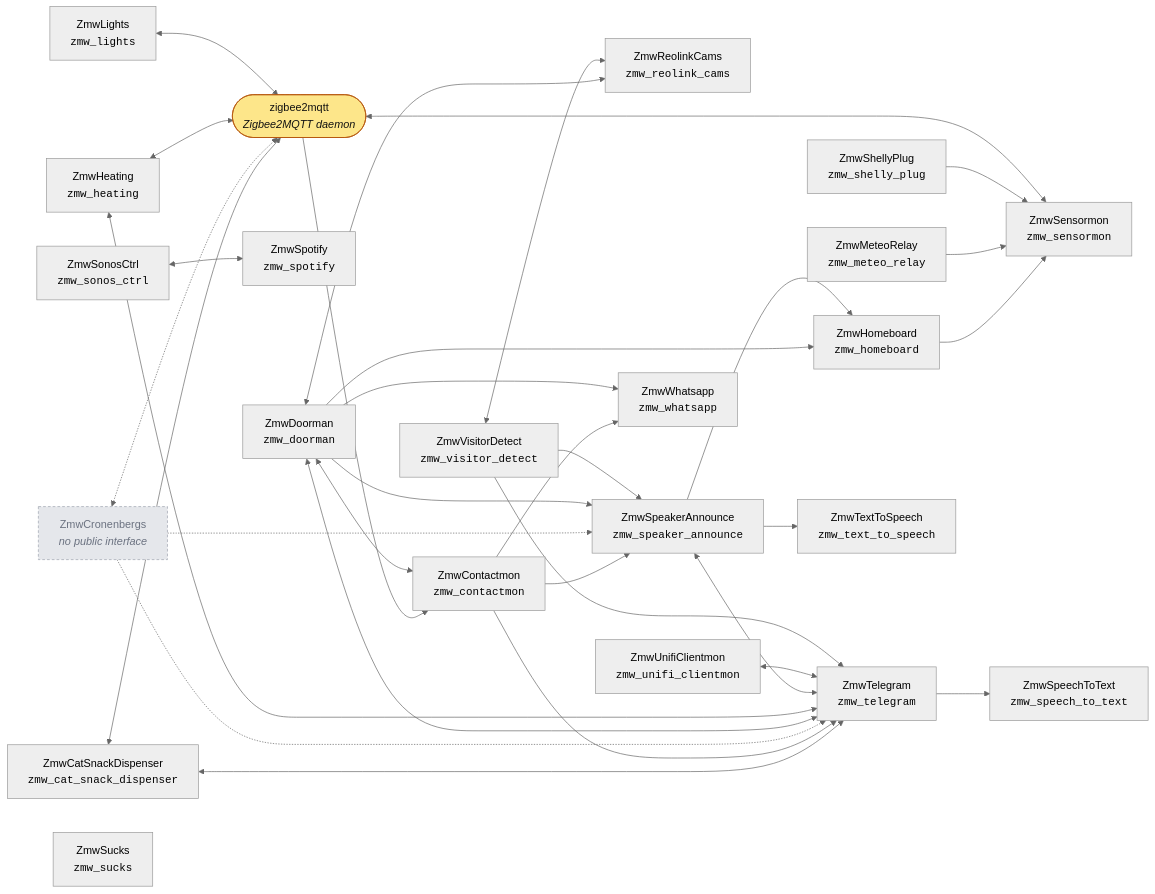
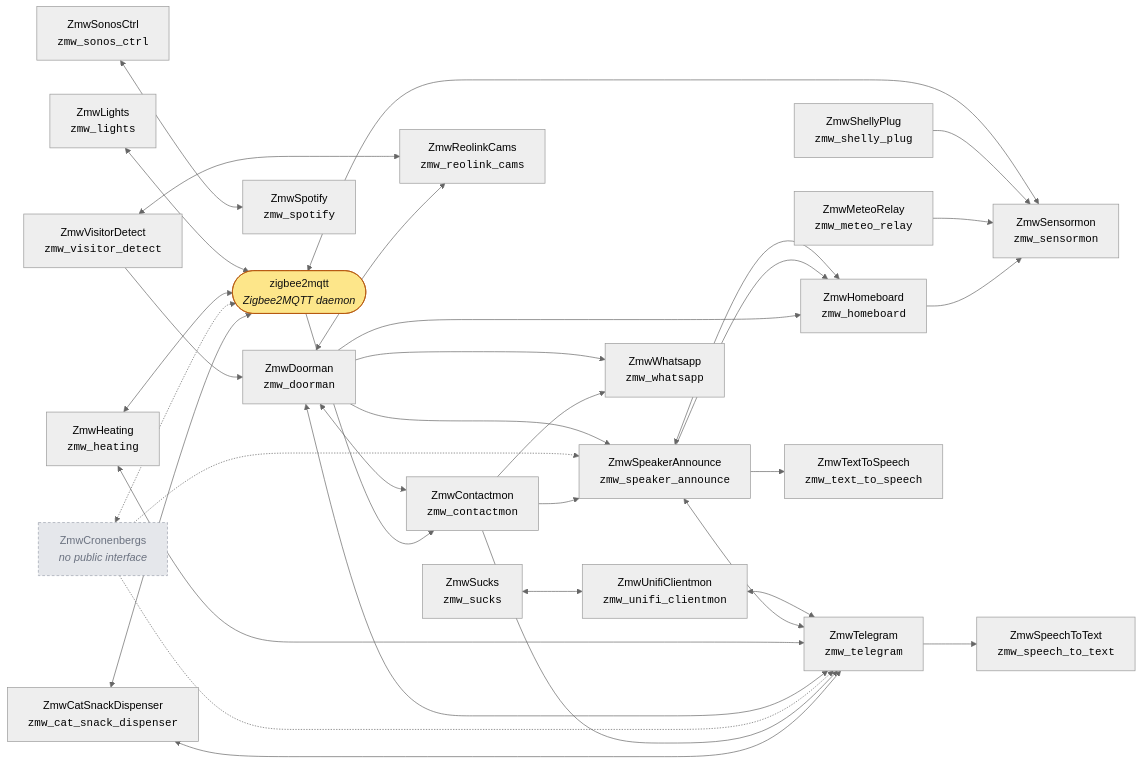
One commit to nicolasbrailo/zmw changed the diagram in README.md. Above: the diagram before and after it, drawn with Mermaid (neutral theme). The commit also changed other lines of this file and 6 other files, not shown here.

````diff
--- a/README.md
+++ b/README.md
@@ -88,62 +88,63 @@
 ```mermaid
 flowchart LR
     zmw_cat_snack_dispenser["ZmwCatSnackDispenser<br/><code>zmw_cat_snack_dispenser</code>"]
     zmw_contactmon["ZmwContactmon<br/><code>zmw_contactmon</code>"]
     zmw_cronenbergs["ZmwCronenbergs<br/><i>no public interface</i>"]
     zmw_doorman["ZmwDoorman<br/><code>zmw_doorman</code>"]
     zmw_heating["ZmwHeating<br/><code>zmw_heating</code>"]
     zmw_homeboard["ZmwHomeboard<br/><code>zmw_homeboard</code>"]
     zmw_lights["ZmwLights<br/><code>zmw_lights</code>"]
     zmw_meteo_relay["ZmwMeteoRelay<br/><code>zmw_meteo_relay</code>"]
     zmw_reolink_cams["ZmwReolinkCams<br/><code>zmw_reolink_cams</code>"]
     zmw_sensormon["ZmwSensormon<br/><code>zmw_sensormon</code>"]
     zmw_shelly_plug["ZmwShellyPlug<br/><code>zmw_shelly_plug</code>"]
     zmw_sonos_ctrl["ZmwSonosCtrl<br/><code>zmw_sonos_ctrl</code>"]
     zmw_speaker_announce["ZmwSpeakerAnnounce<br/><code>zmw_speaker_announce</code>"]
     zmw_speech_to_text["ZmwSpeechToText<br/><code>zmw_speech_to_text</code>"]
     zmw_spotify["ZmwSpotify<br/><code>zmw_spotify</code>"]
     zmw_sucks["ZmwSucks<br/><code>zmw_sucks</code>"]
     zmw_telegram["ZmwTelegram<br/><code>zmw_telegram</code>"]
     zmw_text_to_speech["ZmwTextToSpeech<br/><code>zmw_text_to_speech</code>"]
     zmw_unifi_clientmon["ZmwUnifiClientmon<br/><code>zmw_unifi_clientmon</code>"]
     zmw_visitor_detect["ZmwVisitorDetect<br/><code>zmw_visitor_detect</code>"]
     zmw_whatsapp["ZmwWhatsapp<br/><code>zmw_whatsapp</code>"]
     zigbee2mqtt(["zigbee2mqtt<br/><i>Zigbee2MQTT daemon</i>"])
 
     zmw_cat_snack_dispenser <--> zigbee2mqtt
     zmw_cat_snack_dispenser <--> zmw_telegram
     zigbee2mqtt --> zmw_contactmon
     zmw_contactmon --> zmw_speaker_announce
     zmw_contactmon --> zmw_telegram
     zmw_contactmon --> zmw_whatsapp
     zmw_cronenbergs <-.-> zigbee2mqtt
     zmw_cronenbergs -.-> zmw_speaker_announce
     zmw_cronenbergs -.-> zmw_telegram
     zmw_doorman <--> zmw_contactmon
     zmw_doorman <--> zmw_reolink_cams
     zmw_doorman --> zmw_speaker_announce
     zmw_doorman <--> zmw_telegram
+    zmw_visitor_detect --> zmw_doorman
     zmw_doorman --> zmw_whatsapp
     zmw_heating <--> zigbee2mqtt
     zmw_heating <--> zmw_telegram
     zmw_doorman --> zmw_homeboard
     zmw_speaker_announce --> zmw_homeboard
     zmw_lights <--> zigbee2mqtt
     zmw_sensormon <--> zigbee2mqtt
     zmw_homeboard --> zmw_sensormon
     zmw_meteo_relay --> zmw_sensormon
     zmw_shelly_plug --> zmw_sensormon
     zmw_sonos_ctrl <--> zmw_spotify
+    zmw_speaker_announce <--> zmw_homeboard
     zmw_speaker_announce <--> zmw_telegram
     zmw_speaker_announce --> zmw_text_to_speech
     zmw_telegram --> zmw_speech_to_text
+    zmw_sucks <--> zmw_unifi_clientmon
     zmw_unifi_clientmon <--> zmw_telegram
     zmw_visitor_detect <--> zmw_reolink_cams
-    zmw_visitor_detect --> zmw_speaker_announce
-    zmw_visitor_detect --> zmw_telegram
 
     class zigbee2mqtt external;
     class zmw_cronenbergs passive;
     classDef external fill:#fde68a,stroke:#b45309,color:#111;
     classDef passive fill:#e5e7eb,stroke:#9ca3af,color:#6b7280,stroke-dasharray:4 3;
 ```
````
